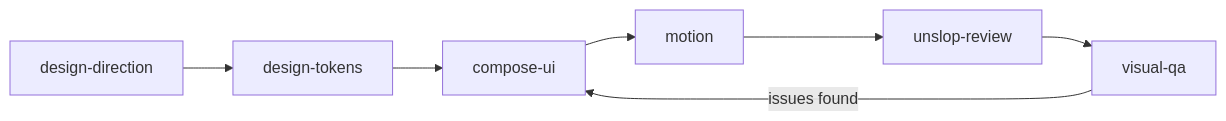
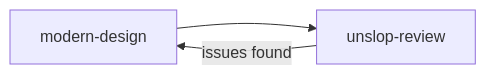
One commit to santiagodie/modern-design-pack changed the diagram in README.md. Above: the diagram before and after it, drawn with Mermaid. The commit also changed other lines of this file and 25 other files, not shown here.

````diff
--- a/README.md
+++ b/README.md
@@ -77,9 +79,5 @@
 ```mermaid
 flowchart LR
-    A[design-direction] --> B[design-tokens]
-    B --> C[compose-ui]
-    C --> D[motion]
-    D --> E[unslop-review]
-    E --> F[visual-qa]
-    F -- issues found --> C
+    A[modern-design] --> B[unslop-review]
+    B -- issues found --> A
 ```
````
